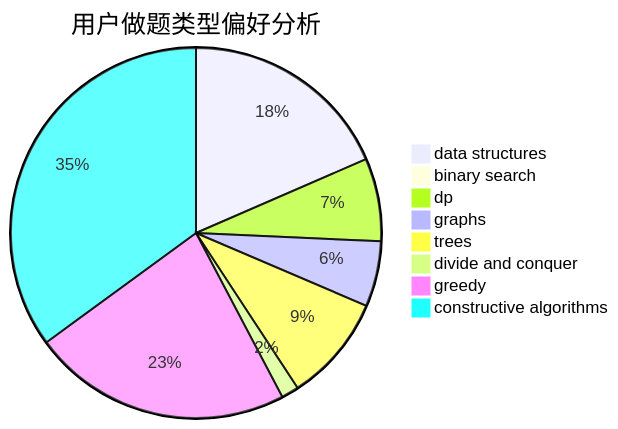
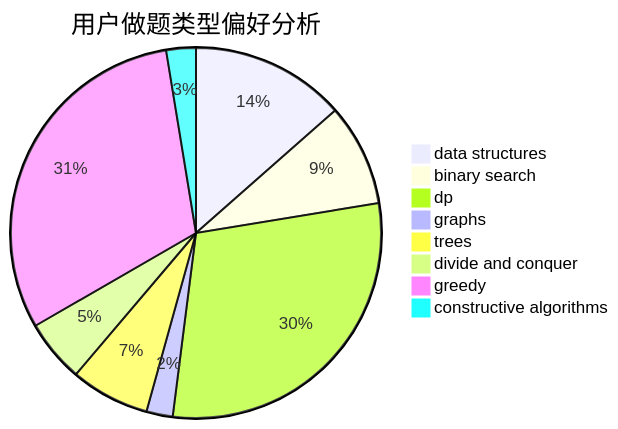
One commit to sherpahu/cfrs.github.io changed the second of 3 diagrams in docs/user/u1404.md. Above: the diagram before and after it, drawn with Mermaid. The commit also changed other lines of this file and 2770 other files, not shown here.

````diff
--- a/docs/user/u1404.md
+++ b/docs/user/u1404.md
@@ -23,11 +23,11 @@
 ```mermaid
 pie title 用户做题类型偏好分析
-    "data structures" :  97
-    "binary search" :  0
-    "dp" :  38
-    "graphs" :  30
-    "trees" :  49
-    "divide and conquer" :  8
-    "greedy" :  119
-    "constructive algorithms" :  184
+    "data structures" :  47
+    "binary search" :  31
+    "dp" :  103
+    "graphs" :  8
+    "trees" :  24
+    "divide and conquer" :  19
+    "greedy" :  107
+    "constructive algorithms" :  9
 ```
````
